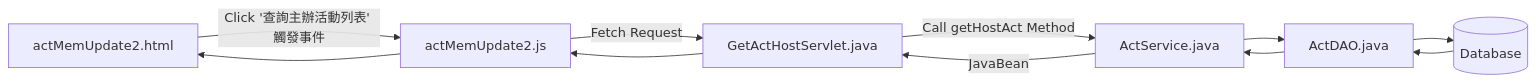
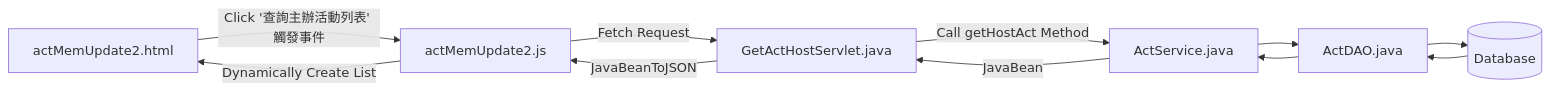
The sixth of 15 diagrams in README.md (TLexYuW/CGA103G1OwnPart), drawn with Mermaid before and after one commit. The commit also changed other lines of this file, not shown here.

````diff
--- a/README.md
+++ b/README.md
@@ -95,7 +95,7 @@
 ```mermaid
 flowchart LR
 	aMU2html[actMemUpdate2.html] -->|Click '查詢主辦活動列表' 觸發事件| aMU2js[actMemUpdate2.js] 
 	-->|Fetch Request| GAHS[GetActHostServlet.java]
 	-->|Call getHostAct Method| AS[ActService.java] --> AD[ActDAO.java] --> DB[(Database)]
-	DB --> AD --> AS -->|JavaBean| GAHS --> aMU2js --> aMU2html
+	DB --> AD --> AS -->|JavaBean| GAHS -->|JavaBeanToJSON| aMU2js -->|Dynamically Create List| aMU2html
 ```
````
